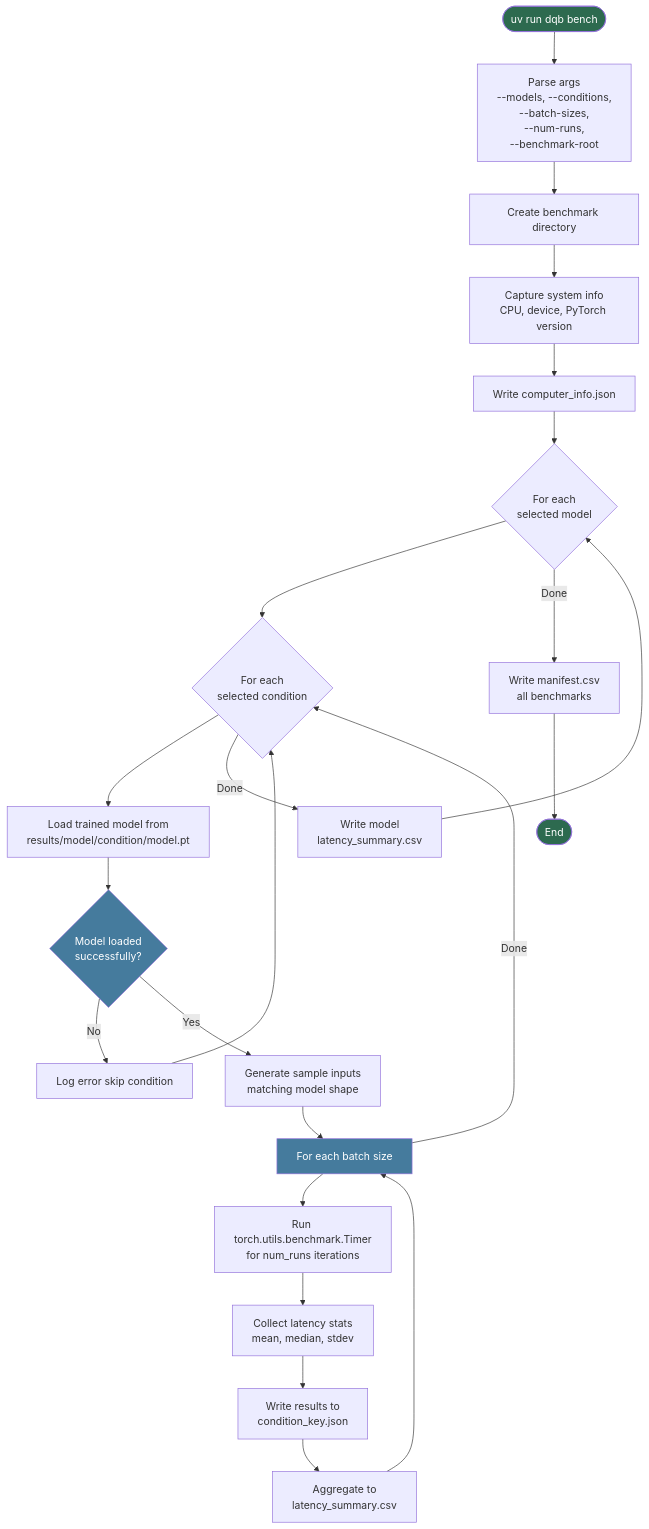
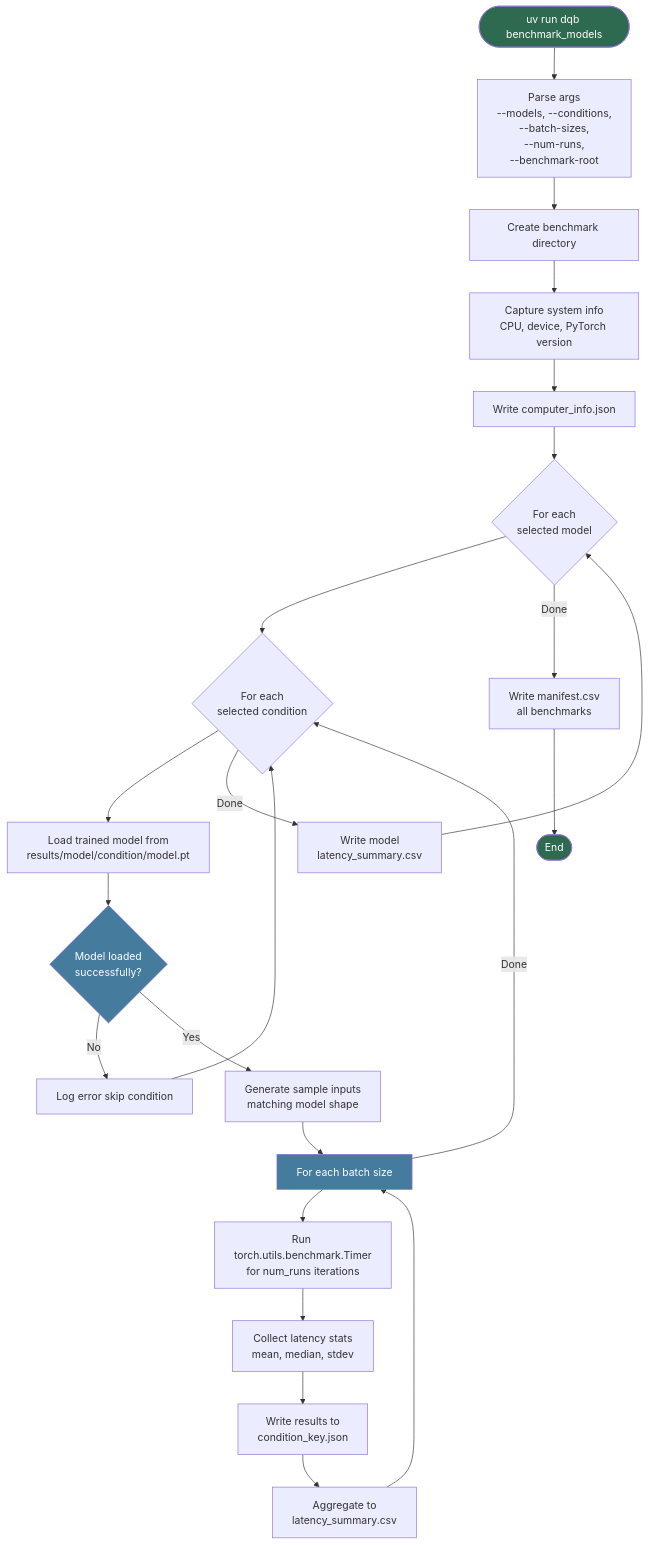
Before and after one commit to VG-Fish/PerforatedAI-Quantization-Experiment: the sixth of 7 diagrams in information/CLI_DIAGRAMS.md, drawn with Mermaid. The commit also changed other lines of this file and 6 other files, not shown here.

````diff
--- a/information/CLI_DIAGRAMS.md
+++ b/information/CLI_DIAGRAMS.md
@@ -248,30 +248,30 @@
 ```mermaid
 flowchart TD
-    A([uv run dqb bench]) --> B["Parse args<br>--models, --conditions,<br>--batch-sizes,<br>--num-runs,<br>--benchmark-root"]
+    A([uv run dqb benchmark_models]) --> B["Parse args<br>--models, --conditions,<br>--batch-sizes,<br>--num-runs,<br>--benchmark-root"]
     B --> C["Create benchmark directory"]
     C --> D["Capture system info<br>CPU, device, PyTorch version"]
     D --> E["Write computer_info.json"]
     E --> F{"For each<br>selected model"}
     F --> G{"For each<br>selected condition"}
     G --> H["Load trained model from<br>results/model/condition/model.pt"]
     H --> I{"Model loaded<br>successfully?"}
     I -->|No| J["Log error skip condition"]
     I -->|Yes| K["Generate sample inputs<br>matching model shape"]
     K --> L["For each batch size"]
     L --> M["Run torch.utils.benchmark.Timer<br>for num_runs iterations"]
     M --> N["Collect latency stats<br>mean, median, stdev"]
     N --> O["Write results to<br>condition_key.json"]
     O --> P["Aggregate to<br>latency_summary.csv"]
     P --> L
     L -->|Done| G
     J --> G
     G -->|Done| Q["Write model<br>latency_summary.csv"]
     Q --> F
     F -->|Done| R["Write manifest.csv<br>all benchmarks"]
     R --> ZZ([End])
 
     style A fill:#2d6a4f,color:#fff
     style ZZ fill:#2d6a4f,color:#fff
     style I fill:#457b9d,color:#fff
     style L fill:#457b9d,color:#fff
 ```
````
